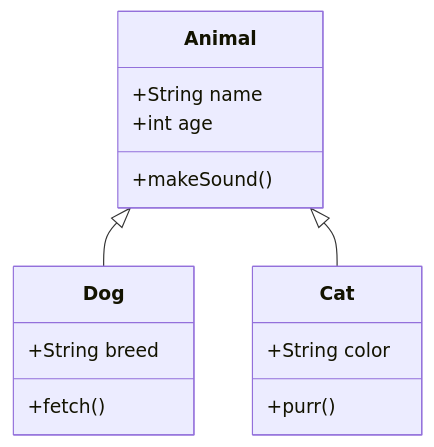
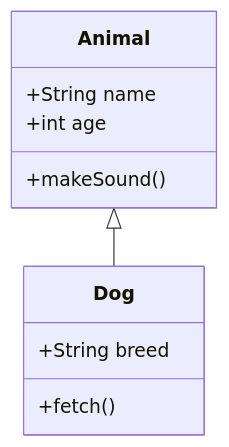
The fourth of 6 diagrams in showcase.md (timk75/obsidian-beautiful-mermaid), drawn with Mermaid before and after one commit. The commit also changed other lines of this file and 11 other files, not shown here.

````diff
--- a/showcase.md
+++ b/showcase.md
@@ -124,18 +175,13 @@
 ```mermaid
 classDiagram
     class Animal {
         +String name
         +int age
         +makeSound()
     }
     class Dog {
         +String breed
         +fetch()
     }
-    class Cat {
-        +String color
-        +purr()
-    }
     Animal <|-- Dog
-    Animal <|-- Cat
 ```
````
